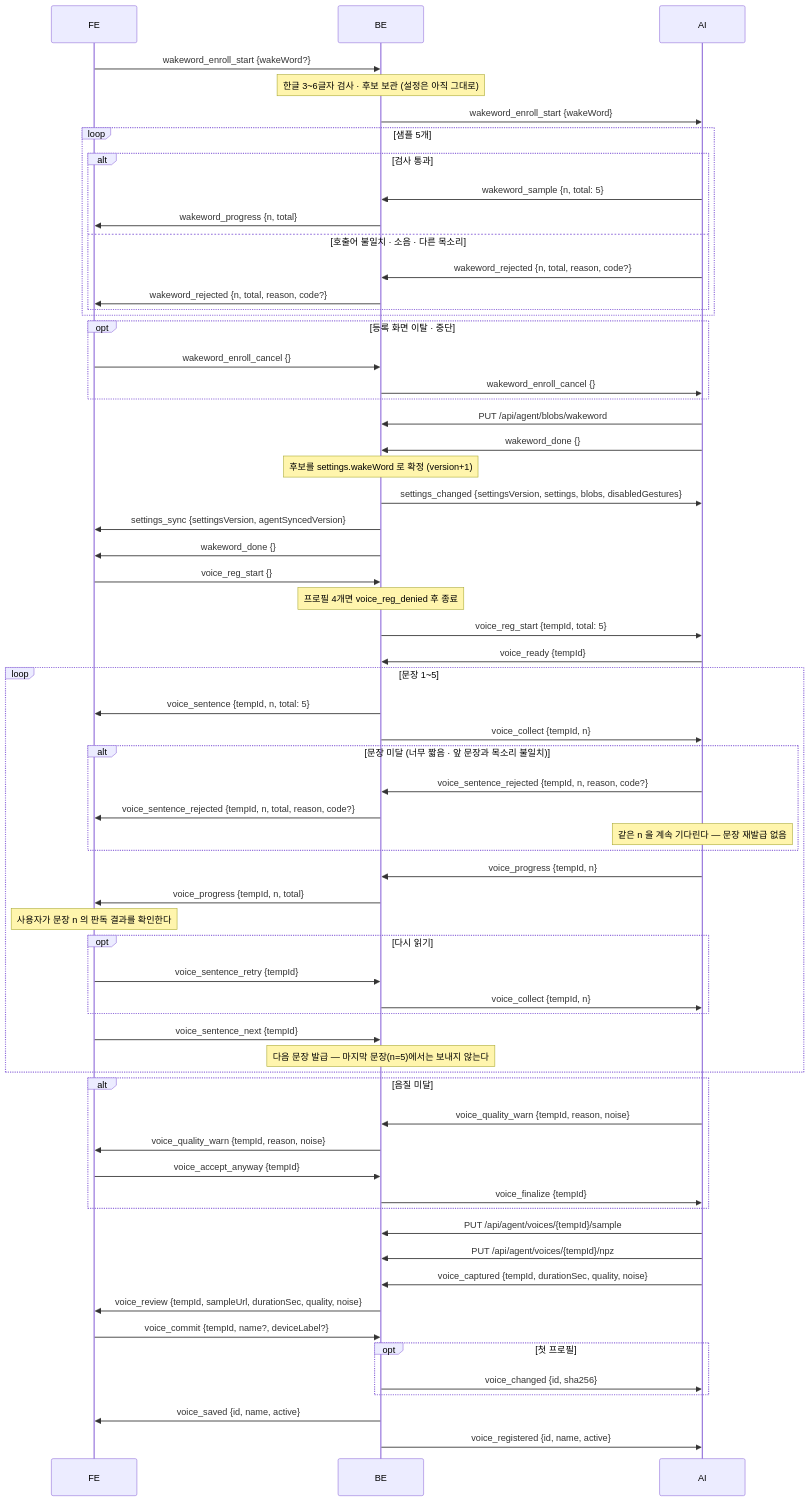
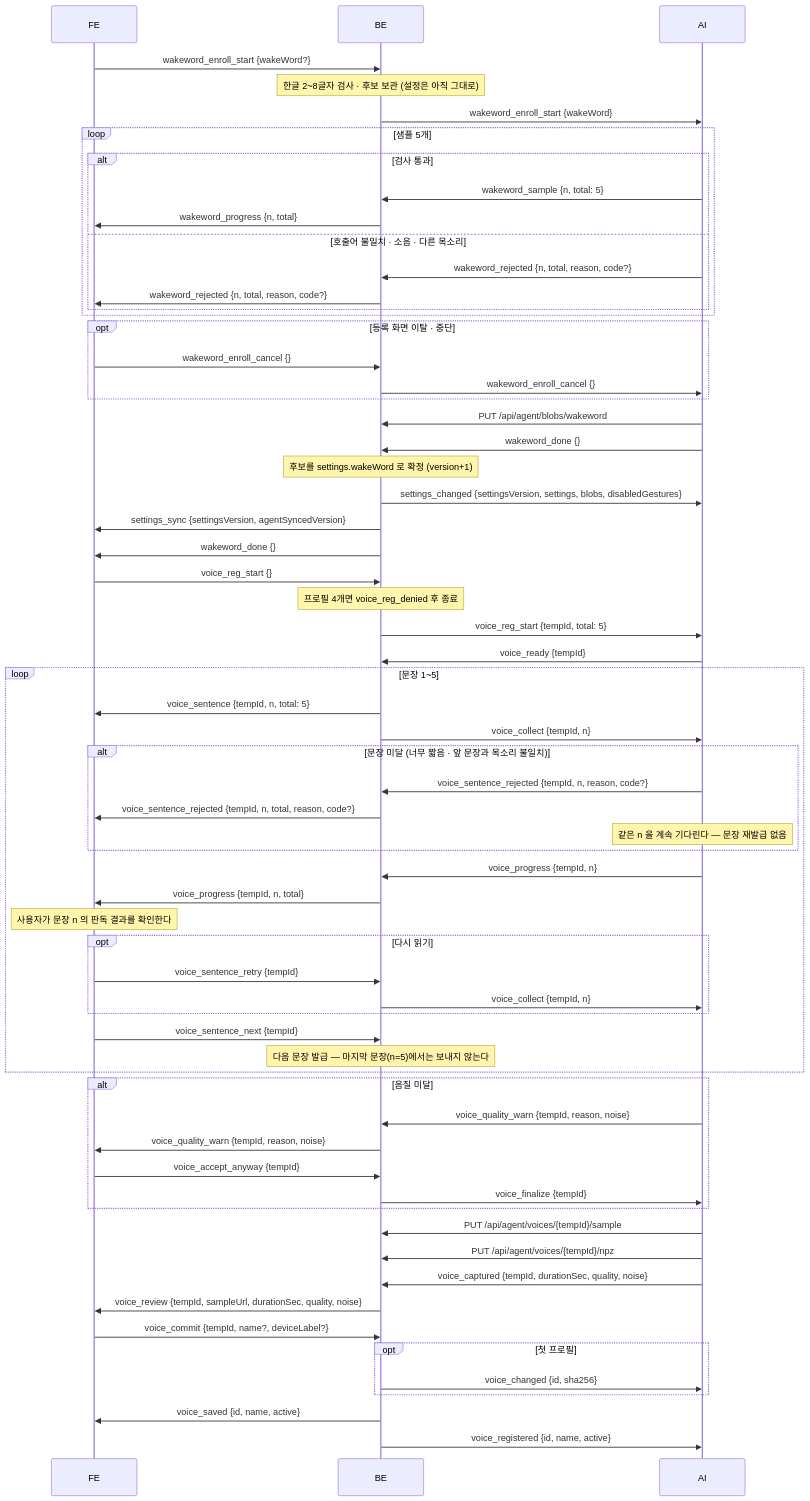
Before and after one commit to 42JH/SIA: the tenth of 13 diagrams in Backend/docs/프로토콜.md, drawn with Mermaid. The commit also changed other lines of this file and 1 other file, not shown here.

````diff
--- a/Backend/docs/프로토콜.md
+++ b/Backend/docs/프로토콜.md
@@ -1058,66 +1058,66 @@
 ```mermaid
 sequenceDiagram
     participant FE
     participant BE
     participant AI
     FE->>BE: wakeword_enroll_start {wakeWord?}
-    Note over BE: 한글 3~6글자 검사 · 후보 보관 (설정은 아직 그대로)
+    Note over BE: 한글 2~8글자 검사 · 후보 보관 (설정은 아직 그대로)
     BE->>AI: wakeword_enroll_start {wakeWord}
     loop 샘플 5개
         alt 검사 통과
             AI->>BE: wakeword_sample {n, total: 5}
             BE->>FE: wakeword_progress {n, total}
         else 호출어 불일치 · 소음 · 다른 목소리
             AI->>BE: wakeword_rejected {n, total, reason, code?}
             BE->>FE: wakeword_rejected {n, total, reason, code?}
         end
     end
     opt 등록 화면 이탈 · 중단
         FE->>BE: wakeword_enroll_cancel {}
         BE->>AI: wakeword_enroll_cancel {}
     end
     AI->>BE: PUT /api/agent/blobs/wakeword
     AI->>BE: wakeword_done {}
     Note over BE: 후보를 settings.wakeWord 로 확정 (version+1)
     BE->>AI: settings_changed {settingsVersion, settings, blobs, disabledGestures}
     BE->>FE: settings_sync {settingsVersion, agentSyncedVersion}
     BE->>FE: wakeword_done {}
     FE->>BE: voice_reg_start {}
     Note over BE: 프로필 4개면 voice_reg_denied 후 종료
     BE->>AI: voice_reg_start {tempId, total: 5}
     AI->>BE: voice_ready {tempId}
     loop 문장 1~5
         BE->>FE: voice_sentence {tempId, n, total: 5}
         BE->>AI: voice_collect {tempId, n}
         alt 문장 미달 (너무 짧음 · 앞 문장과 목소리 불일치)
             AI->>BE: voice_sentence_rejected {tempId, n, reason, code?}
             BE->>FE: voice_sentence_rejected {tempId, n, total, reason, code?}
             Note over AI: 같은 n 을 계속 기다린다 — 문장 재발급 없음
         end
         AI->>BE: voice_progress {tempId, n}
         BE->>FE: voice_progress {tempId, n, total}
         Note over FE: 사용자가 문장 n 의 판독 결과를 확인한다
         opt 다시 읽기
             FE->>BE: voice_sentence_retry {tempId}
             BE->>AI: voice_collect {tempId, n}
         end
         FE->>BE: voice_sentence_next {tempId}
         Note over BE: 다음 문장 발급 — 마지막 문장(n=5)에서는 보내지 않는다
     end
     alt 음질 미달
         AI->>BE: voice_quality_warn {tempId, reason, noise}
         BE->>FE: voice_quality_warn {tempId, reason, noise}
         FE->>BE: voice_accept_anyway {tempId}
         BE->>AI: voice_finalize {tempId}
     end
     AI->>BE: PUT /api/agent/voices/{tempId}/sample
     AI->>BE: PUT /api/agent/voices/{tempId}/npz
     AI->>BE: voice_captured {tempId, durationSec, quality, noise}
     BE->>FE: voice_review {tempId, sampleUrl, durationSec, quality, noise}
     FE->>BE: voice_commit {tempId, name?, deviceLabel?}
     opt 첫 프로필
         BE->>AI: voice_changed {id, sha256}
     end
     BE->>FE: voice_saved {id, name, active}
     BE->>AI: voice_registered {id, name, active}
 ```
````
